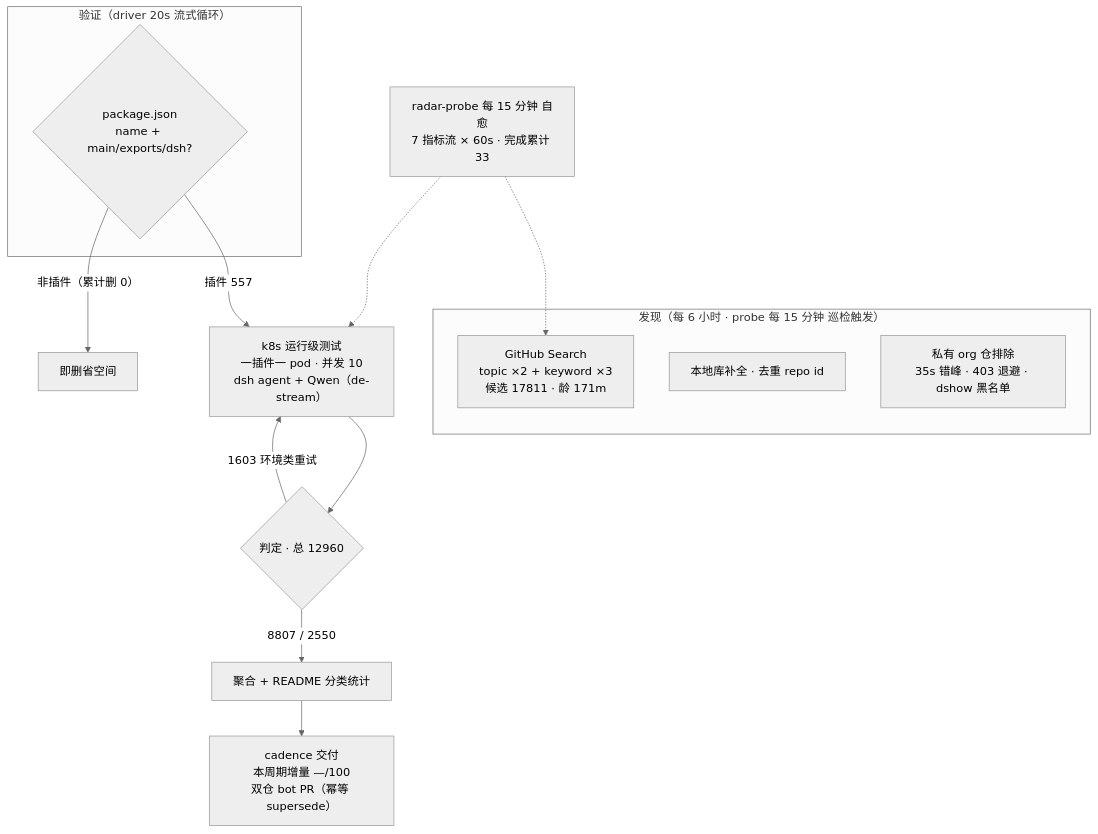
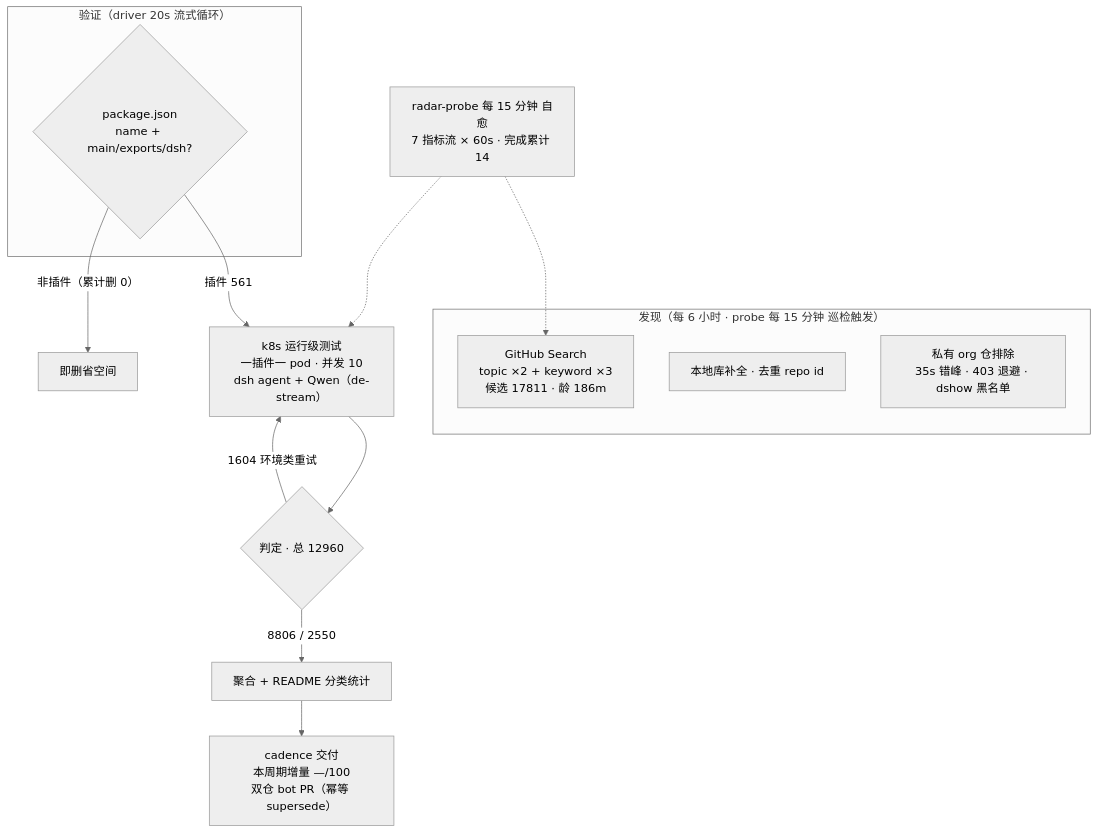
Before and after one commit to AdamPlatin123/awesome-dsh-plugins: the diagram in README.md, drawn with Mermaid (neutral theme). The commit also changed other lines of this file and 5 other files, not shown here.

````diff
--- a/README.md
+++ b/README.md
@@ -52,20 +52,20 @@
 ```mermaid
 flowchart TB
     subgraph Discovery["发现（每 6 小时 · probe 每 15 分钟 巡检触发）"]
-        A1["GitHub Search<br/>topic ×2 + keyword ×3<br/>候选 17811 · 龄 171m"]
+        A1["GitHub Search<br/>topic ×2 + keyword ×3<br/>候选 17811 · 龄 186m"]
         A2["本地库补全 · 去重 repo id"]
         A3["私有 org 仓排除<br/>35s 错峰 · 403 退避 · dshow 黑名单"]
     end
     subgraph Validation["验证（driver 20s 流式循环）"]
         B1{"package.json<br/>name + main/exports/dsh?"}
     end
-    B1 -->|"插件 557"| C1["k8s 运行级测试<br/>一插件一 pod · 并发 10<br/>dsh agent + Qwen（de-stream）"]
+    B1 -->|"插件 561"| C1["k8s 运行级测试<br/>一插件一 pod · 并发 10<br/>dsh agent + Qwen（de-stream）"]
     B1 -->|"非插件（累计删 0）"| B3["即删省空间"]
     C1 --> D1{"判定 · 总 12960"}
-    D1 -->|"8807 / 2550"| E1["聚合 + README 分类统计"]
-    D1 -->|"1603 环境类重试"| C1
+    D1 -->|"8806 / 2550"| E1["聚合 + README 分类统计"]
+    D1 -->|"1604 环境类重试"| C1
     E1 --> E2["cadence 交付<br/>本周期增量 —/100<br/>双仓 bot PR（幂等 supersede）"]
-    M["radar-probe 每 15 分钟 自愈<br/>7 指标流 × 60s · 完成累计 33"]
+    M["radar-probe 每 15 分钟 自愈<br/>7 指标流 × 60s · 完成累计 14"]
     M -.-> A1
     M -.-> C1
 ```
````
